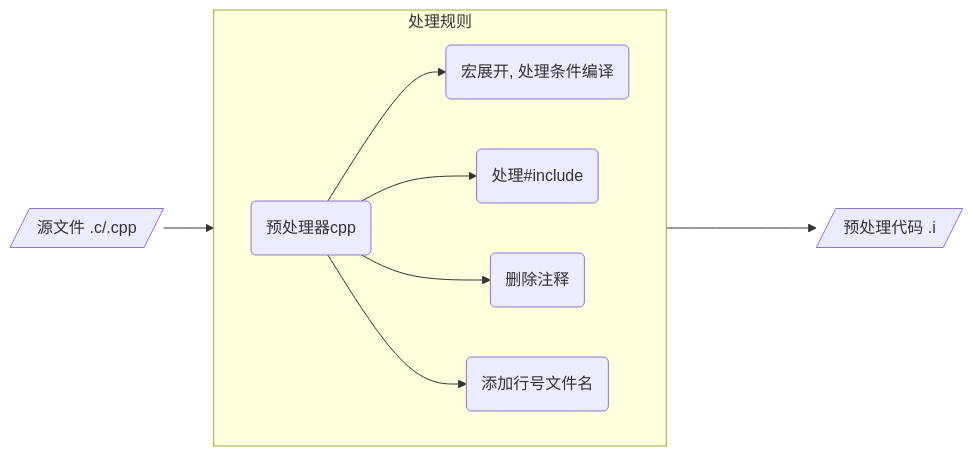
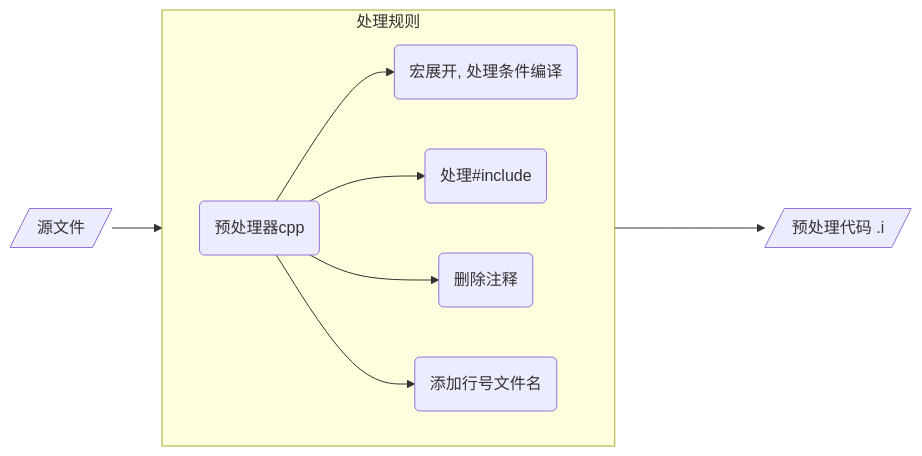
Before and after one commit to dmjcb/dmjcb.github.io: the second of 7 diagrams in _posts/language/c_c++/compile/2021-06-15-编译过程.md, drawn with Mermaid. The commit also changed other lines of this file and 19 other files, not shown here.

````diff
--- a/_posts/language/c_c++/compile/2021-06-15-编译过程.md
+++ b/_posts/language/c_c++/compile/2021-06-15-编译过程.md
@@ -38,14 +48,14 @@
 ```mermaid
 graph LR;
     subgraph 处理规则
         direction LR
         A(预处理器cpp)
         A --> B(宏展开, 处理条件编译)
         A --> D(处理#include)
         A --> E(删除注释)
         A --> F(添加行号文件名)
     end
 
-    P[/源文件 .c/.cpp/] --> A
-    处理规则 ----> I[/预处理代码 .i/]
+    P[/源文件/]-->A
+    处理规则---->I[/预处理代码 .i/]
 ```
````
